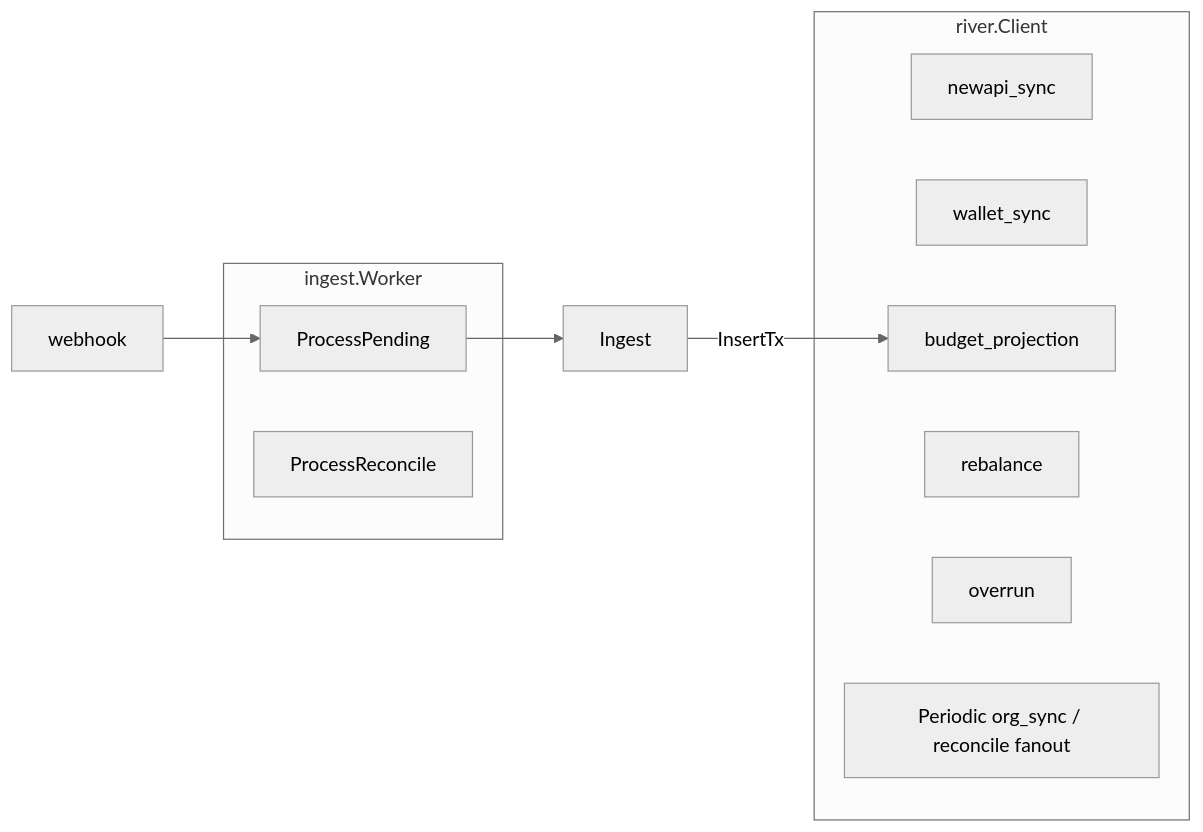
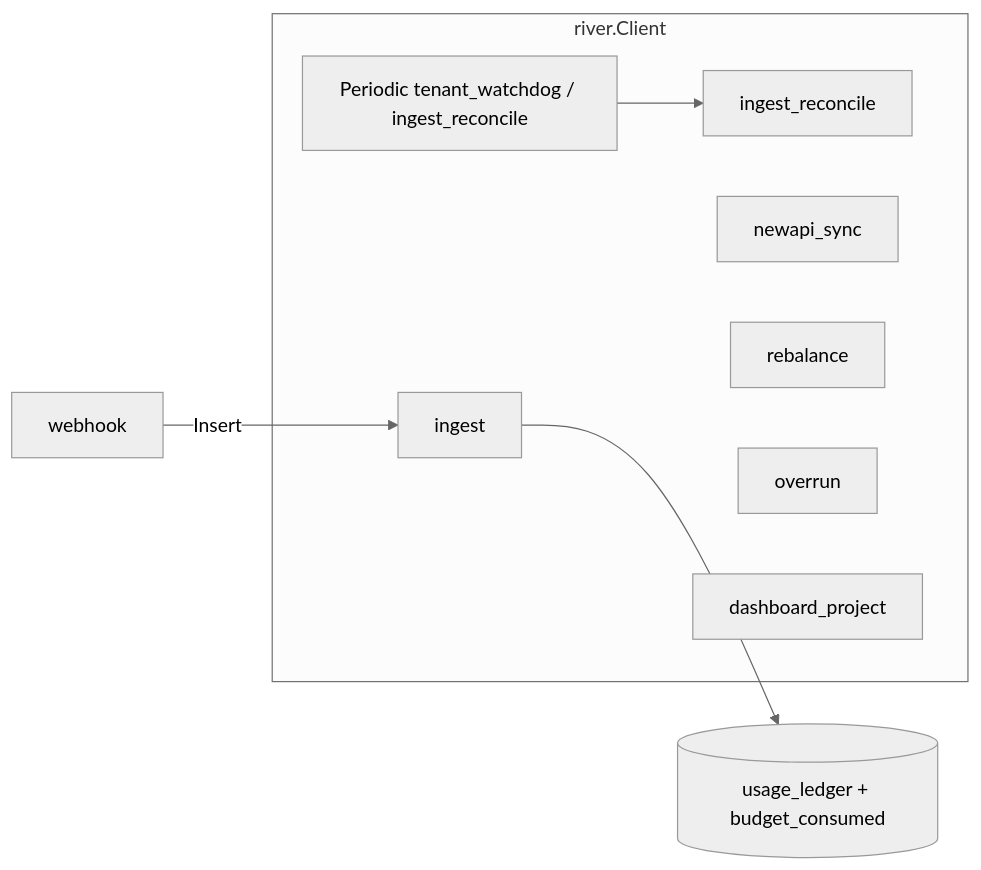
One commit to quyip8818/mytokenjoy changed the fifth of 6 diagrams in apps/docs/Backend-架构.md. Above: the diagram before and after it, drawn with Mermaid (neutral theme). The commit also changed other lines of this file and 33 other files, not shown here.

````diff
--- a/apps/docs/Backend-架构.md
+++ b/apps/docs/Backend-架构.md
@@ -449,20 +451,16 @@
 ```mermaid
 flowchart LR
-  subgraph ingest [ingest.Worker]
-    P[ProcessPending]
-    R[ProcessReconcile]
+  subgraph river [river.Client]
+    ING[ingest]
+    IRC[ingest_reconcile]
+    NS[newapi_sync]
+    RB[rebalance]
+    OV[overrun]
+    DP[dashboard_project]
+    FAN[Periodic tenant_watchdog / ingest_reconcile]
   end
 
-  subgraph river [river.Client]
-    NS[newapi_sync]
-    WS[wallet_sync]
-    BP[budget_projection]
-    RB[rebalance]
-    OV[overrun]
-    FAN[Periodic org_sync / reconcile fanout]
-  end
-
-  WH[webhook] --> P
-  P --> ING[Ingest]
-  ING -->|InsertTx| BP
+  WH[webhook] -->|Insert| ING
+  FAN --> IRC
+  ING --> LEDGER[(usage_ledger + budget_consumed)]
 ```
````
